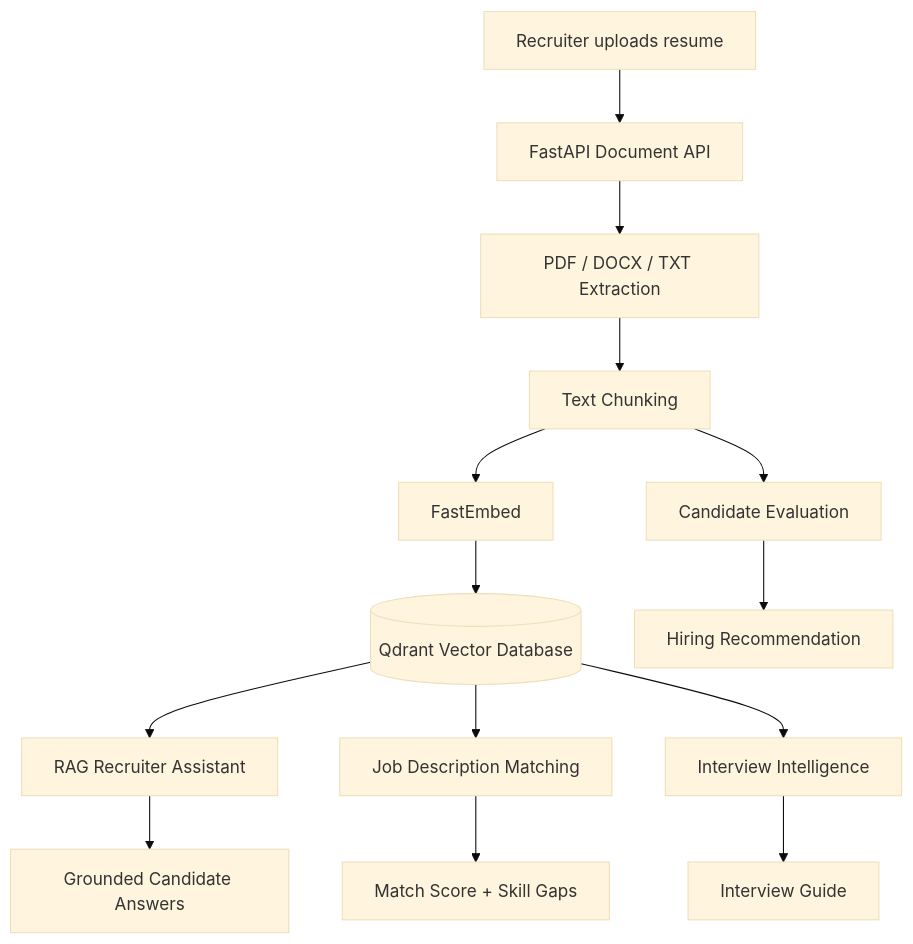
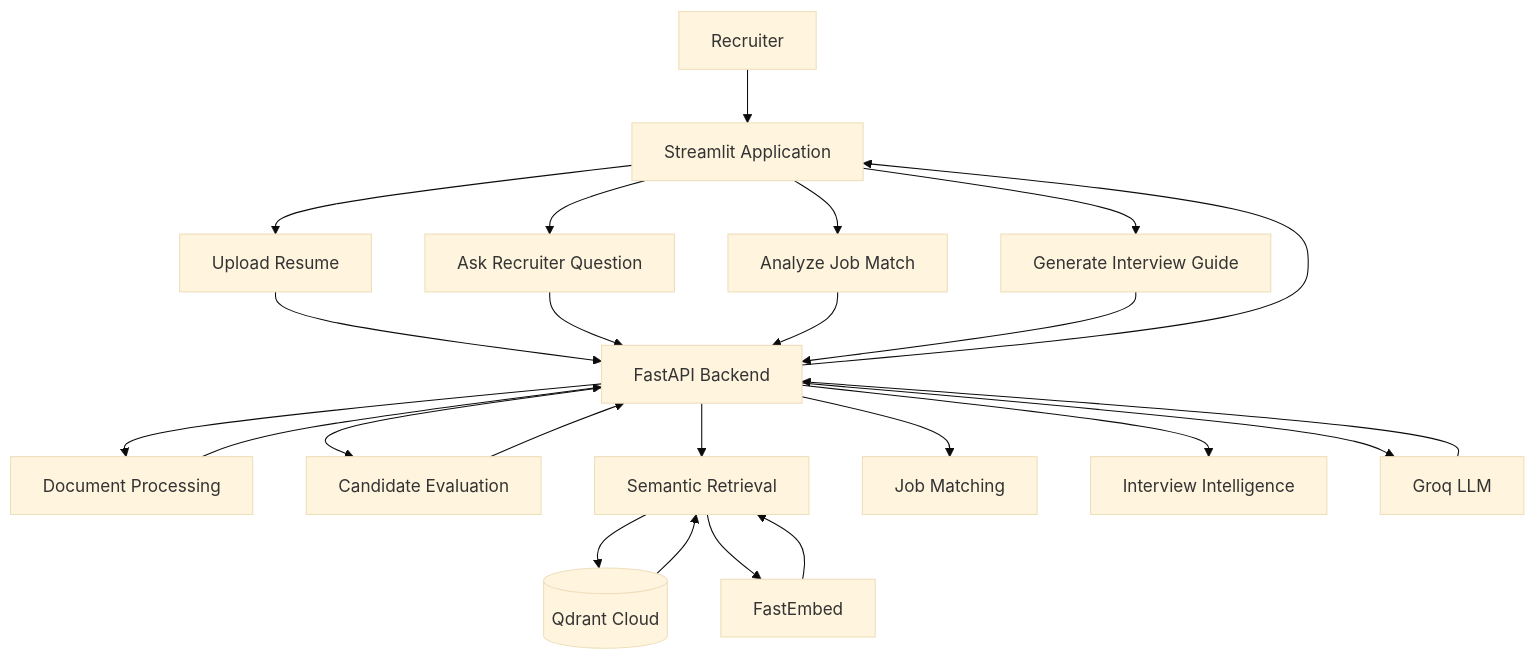
Before and after one commit to shubhamkardel-ai/RecruitRAG-AI: the fifth of 6 diagrams in README.md, drawn with Mermaid (base theme). The commit also changed other lines of this file, not shown here.

````diff
--- a/README.md
+++ b/README.md
@@ -164,18 +371,32 @@
-``` mermaid
+```mermaid
 flowchart TD
-    A[Recruiter uploads resume] --> B[FastAPI Document API]
-    B --> C[PDF / DOCX / TXT Extraction]
-    C --> D[Text Chunking]
-    D --> E[Candidate Evaluation]
-    D --> F[FastEmbed]
-    F --> G[(Qdrant Vector Database)]
+    A[Recruiter] --> B[Streamlit Application]
 
-    G --> H[RAG Recruiter Assistant]
-    G --> I[Job Description Matching]
-    G --> J[Interview Intelligence]
+    B --> C[Upload Resume]
+    B --> D[Ask Recruiter Question]
+    B --> E[Analyze Job Match]
+    B --> F[Generate Interview Guide]
 
-    I --> K[Match Score + Skill Gaps]
-    J --> L[Interview Guide]
-    H --> M[Grounded Candidate Answers]
-    E --> N[Hiring Recommendation]
+    C --> G[FastAPI Backend]
+    D --> G
+    E --> G
+    F --> G
+
+    G --> H[Document Processing]
+    G --> I[Candidate Evaluation]
+    G --> J[Semantic Retrieval]
+    G --> K[Job Matching]
+    G --> L[Interview Intelligence]
+
+    J --> M[(Qdrant Cloud)]
+    J --> N[FastEmbed]
+    G --> O[Groq LLM]
+
+    H --> G
+    I --> G
+    M --> J
+    N --> J
+    O --> G
+
+    G --> B
 ```
````
